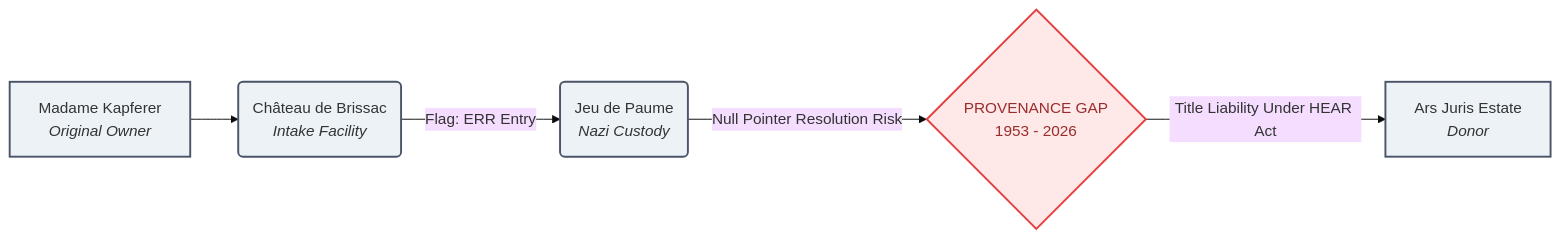
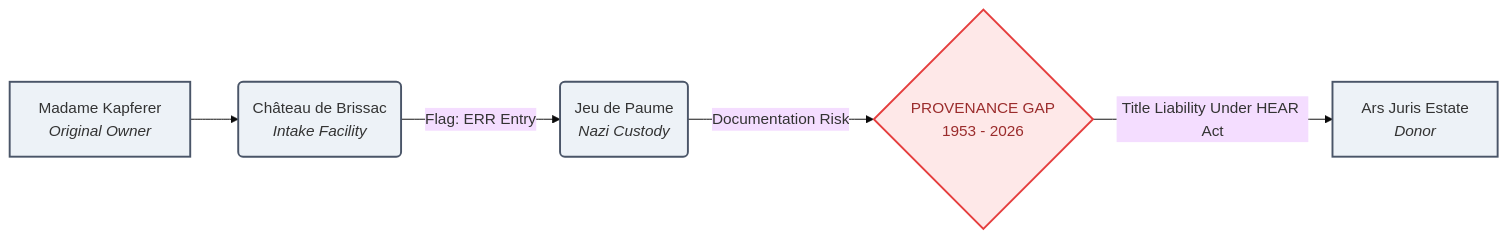
The diagram in README.md (kelseascarlett-wq/art-market-data-structures), drawn with Mermaid (base theme) before and after one commit.

Commit message:
README.md

````diff
--- a/README.md
+++ b/README.md
@@ -22,13 +22,13 @@
 ```mermaid
 graph LR
     A[Madame Kapferer <br><i>Original Owner</i>] --> B(Château de Brissac <br><i>Intake Facility</i>)
     B -->|Flag: ERR Entry| C(Jeu de Paume <br><i>Nazi Custody</i>)
-    C -->|Null Pointer Resolution Risk| D{PROVENANCE GAP <br>1953 - 2026}
+    C -->|Documentation Risk| D{PROVENANCE GAP <br>1953 - 2026}
     D -->|Title Liability Under HEAR Act| E[Ars Juris Estate <br><i>Donor</i>]
 
     style A fill:#edf2f7,stroke:#4a5568,stroke-width:2px;
     style B fill:#edf2f7,stroke:#4a5568,stroke-width:2px;
     style C fill:#edf2f7,stroke:#4a5568,stroke-width:2px;
     style D fill:#fee8e8,stroke:#e53e3e,stroke-width:2px,color:#9b2c2c;
     style E fill:#edf2f7,stroke:#4a5568,stroke-width:2px;
 ```
````
